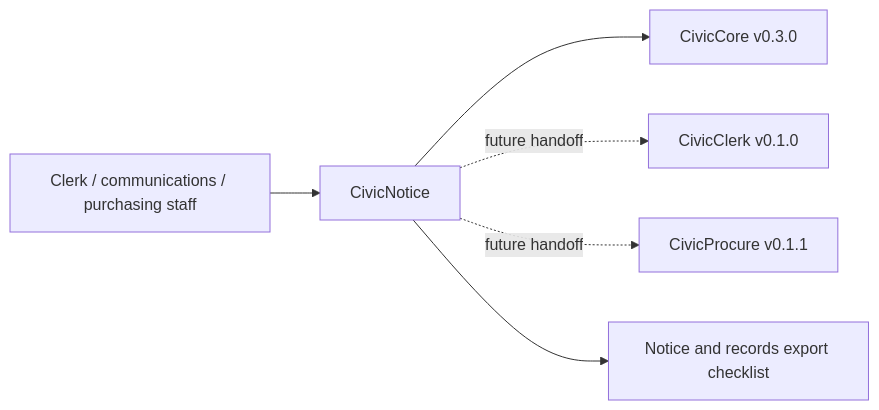
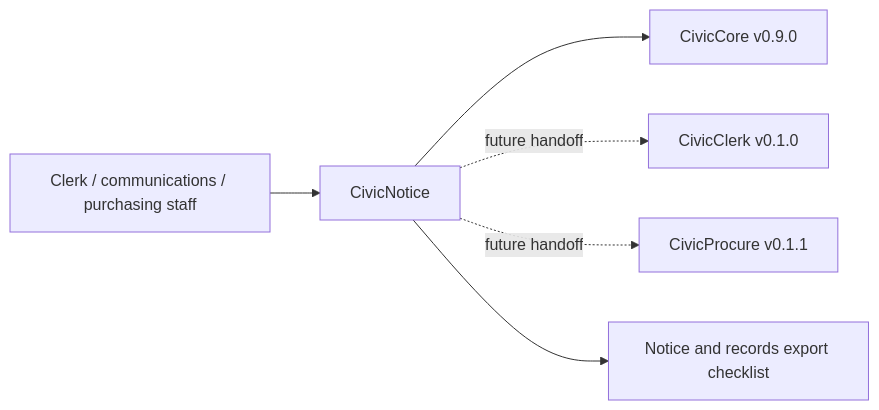
One commit to CivicSuite/civicnotice changed the diagram in USER-MANUAL.md. Above: the diagram before and after it, drawn with Mermaid. The commit also changed other lines of this file and 22 other files, not shown here.

````diff
--- a/USER-MANUAL.md
+++ b/USER-MANUAL.md
@@ -36,8 +36,8 @@
 ```mermaid
 flowchart LR
   Staff["Clerk / communications / purchasing staff"] --> CivicNotice["CivicNotice"]
-  CivicNotice --> CivicCore["CivicCore v0.3.0"]
+  CivicNotice --> CivicCore["CivicCore v0.9.0"]
   CivicNotice -. future handoff .-> CivicClerk["CivicClerk v0.1.0"]
   CivicNotice -. future handoff .-> CivicProcure["CivicProcure v0.1.1"]
   CivicNotice --> Export["Notice and records export checklist"]
 ```
````
